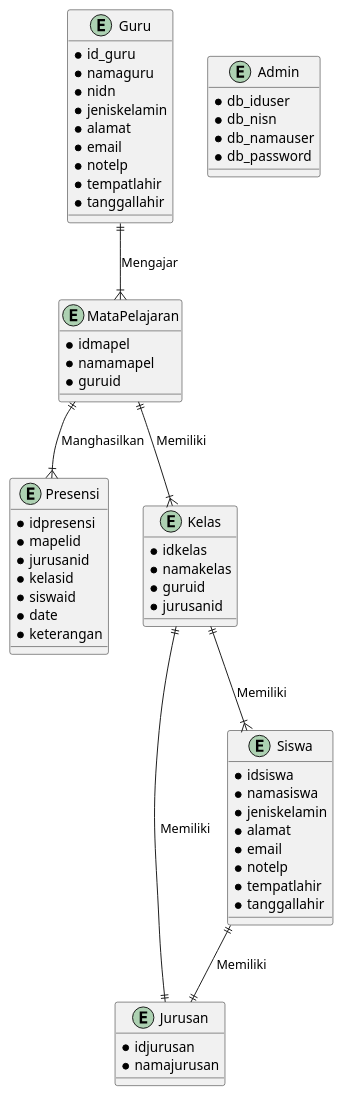
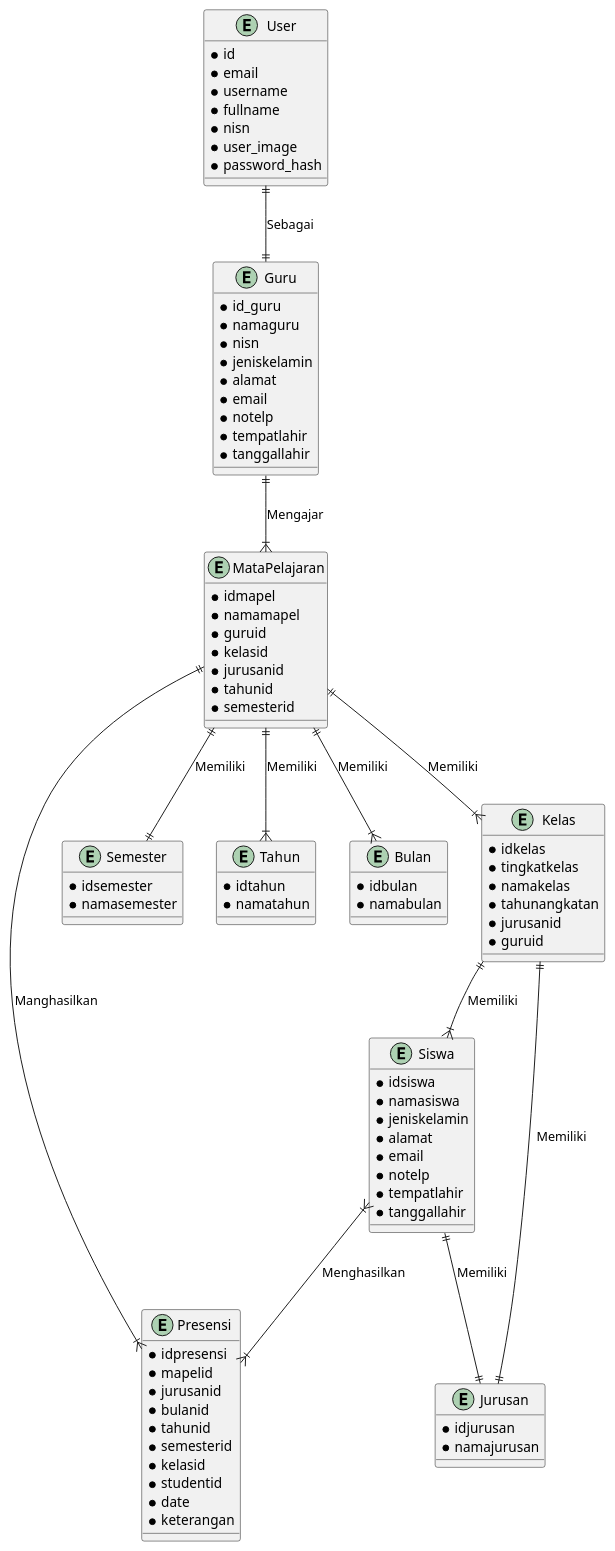
The diagram in uml/erd.wsd (oreyon/Attendance-School-App), drawn with PlantUML before and after one commit. The commit also changed 1 other file, not shown here.

Commit message:
create erd diagram and new export folder

```diff
--- a/uml/erd.wsd
+++ b/uml/erd.wsd
@@ -1,68 +1,100 @@
 @startuml Entity Relationship Diagram SMKN3 BJM
+
+Entity Presensi {
+  *idpresensi
+  *mapelid
+  *jurusanid
+  *bulanid
+  *tahunid
+  *semesterid
+  *kelasid
+  *studentid
+  *date
+  *keterangan
+}
+
+Entity MataPelajaran {
+  *idmapel
+  *namamapel
+  *guruid
+  *kelasid
+  *jurusanid
+  *tahunid
+  *semesterid
+}
+
+Entity Semester {
+  *idsemester
+  *namasemester
+}
+
+Entity Tahun {
+  *idtahun
+  *namatahun
+}
+
+Entity Bulan {
+  *idbulan
+  *namabulan
+}
 
 Entity Guru {
   *id_guru
   *namaguru
-  *nidn
+  *nisn
   *jeniskelamin
   *alamat
   *email
   *notelp
   *tempatlahir
   *tanggallahir
-}
-
-Entity MataPelajaran {
-  *idmapel
-  *namamapel
-  *guruid
-}
-
-Entity Presensi {
-  *idpresensi
-  *mapelid
-  *jurusanid
-  *kelasid
-  *siswaid
-  *date
-  *keterangan
 }
 
 Entity Jurusan {
   *idjurusan
   *namajurusan
 }
 
 Entity Kelas {
   *idkelas
+  *tingkatkelas
   *namakelas
+  *tahunangkatan
+  *jurusanid
   *guruid
-  *jurusanid
 }
 
 Entity Siswa {
   *idsiswa
   *namasiswa
   *jeniskelamin
   *alamat
   *email
   *notelp
   *tempatlahir
   *tanggallahir
 }
 
-Entity Admin {
-  *db_iduser
-  *db_nisn
-  *db_namauser
-  *db_password
+Entity User {
+  *id
+  *email
+  *username
+  *fullname
+  *nisn
+  *user_image
+  *password_hash
 }
 
+User ||--|| Guru :Sebagai
 Guru ||--|{ MataPelajaran : Mengajar
 MataPelajaran ||--|{ Presensi :Manghasilkan
 MataPelajaran ||--|{ Kelas :Memiliki
 Kelas ||--|{ Siswa :Memiliki
 Kelas ||--|| Jurusan :Memiliki
 Siswa ||--|| Jurusan :Memiliki
+Siswa }|--|{ Presensi :Menghasilkan
+MataPelajaran ||--|| Semester :Memiliki
+MataPelajaran ||--|{ Tahun :Memiliki
+MataPelajaran ||--|{ Bulan :Memiliki
 
 @enduml
```
